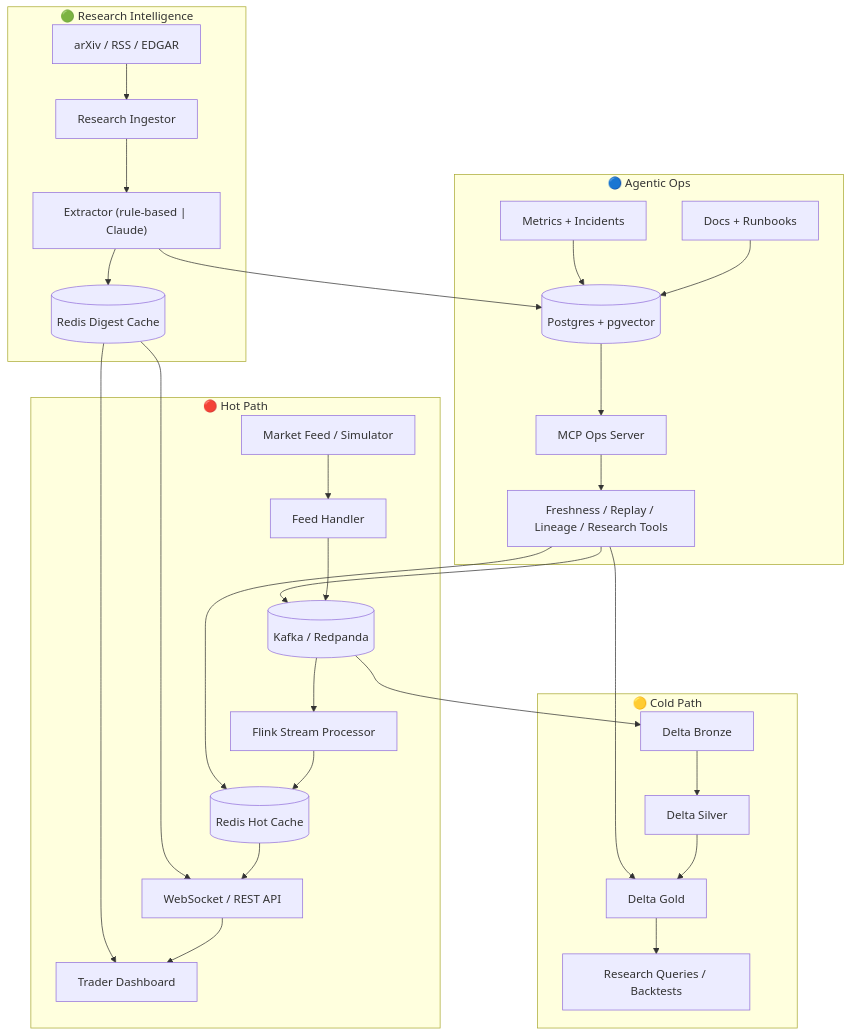
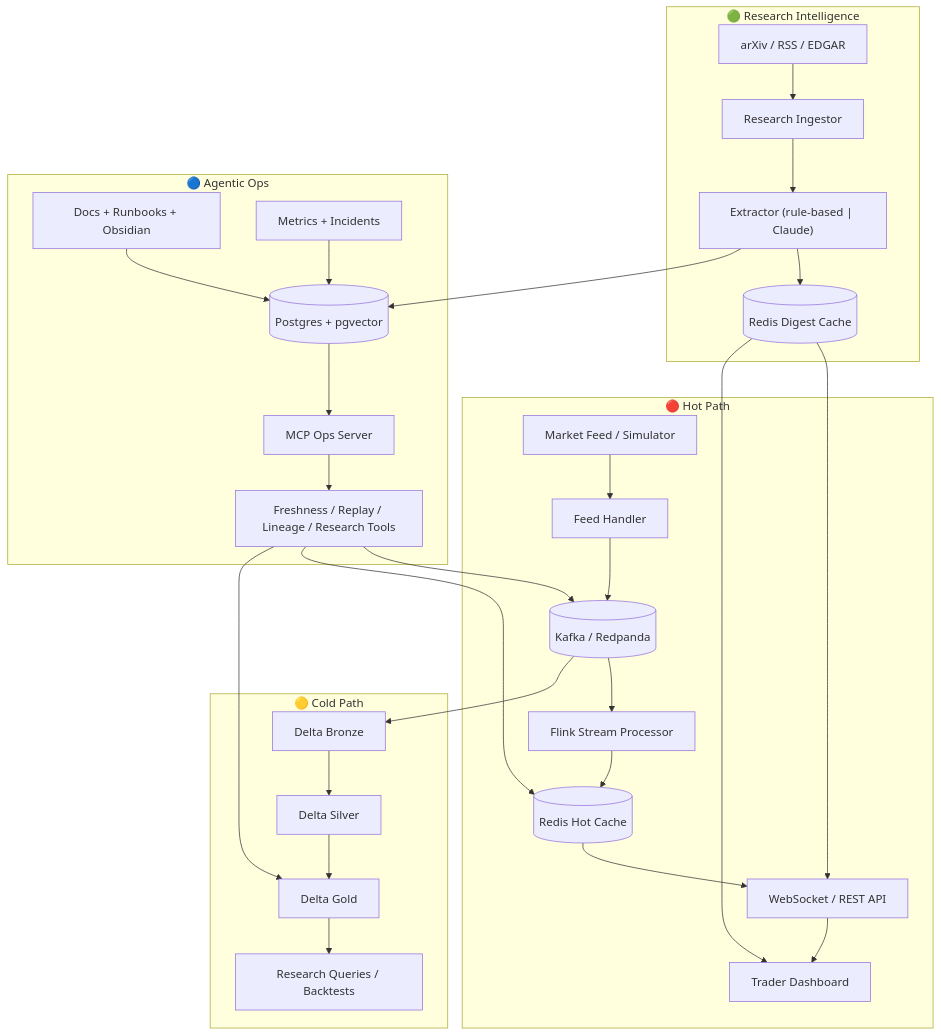
One commit to tkhahns/Low-Latency-Market-Data-Research-Platform changed the diagram in README.md. Above: the diagram before and after it, drawn with Mermaid. The commit also changed other lines of this file, not shown here.

First line of the commit message:
docs: reorganize README around architectural flow

````diff
--- a/README.md
+++ b/README.md
@@ -12,49 +46,49 @@
 ```mermaid
 flowchart TD
     subgraph HOT["🔴 Hot Path"]
         Feed[Market Feed / Simulator]
         Handler[Feed Handler]
         Kafka[(Kafka / Redpanda)]
         Flink[Flink Stream Processor]
         Redis[(Redis Hot Cache)]
         API[WebSocket / REST API]
         UI[Trader Dashboard]
 
         Feed --> Handler --> Kafka --> Flink --> Redis --> API --> UI
     end
 
     subgraph COLD["🟡 Cold Path"]
         Kafka --> Bronze[Delta Bronze]
         Bronze --> Silver[Delta Silver]
         Silver --> Gold[Delta Gold]
         Gold --> Backtests[Research Queries / Backtests]
     end
 
+    subgraph RESEARCH["🟢 Research Intelligence"]
+        Sources[arXiv / RSS / EDGAR]
+        Ingestor[Research Ingestor]
+        Extract["Extractor (rule-based | Claude)"]
+        Digest[(Redis Digest Cache)]
+
+        Sources --> Ingestor --> Extract
+        Extract --> Digest
+        Digest --> API
+        Digest --> UI
+    end
+
     subgraph OPS["🔵 Agentic Ops"]
-        Docs[Docs + Runbooks]
+        Docs[Docs + Runbooks + Obsidian]
         Metrics[Metrics + Incidents]
         Vector[(Postgres + pgvector)]
         MCP[MCP Ops Server]
         Tools[Freshness / Replay / Lineage / Research Tools]
 
         Docs --> Vector
         Metrics --> Vector
+        Extract --> Vector
         Vector --> MCP --> Tools
         Tools --> Kafka
         Tools --> Redis
         Tools --> Gold
     end
-
-    subgraph RESEARCH["🟢 Research Intelligence"]
-        Sources[arXiv / RSS / EDGAR]
-        Ingestor[Research Ingestor]
-        Extract["Extractor (rule-based | Claude)"]
-        Digest[(Redis Digest Cache)]
-
-        Sources --> Ingestor --> Extract
-        Extract --> Vector
-        Extract --> Digest
-        Digest --> API
-        Digest --> UI
-    end
 ```
````
